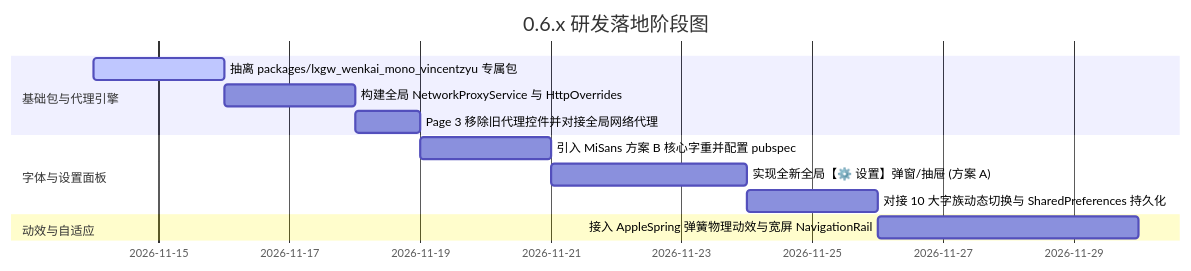
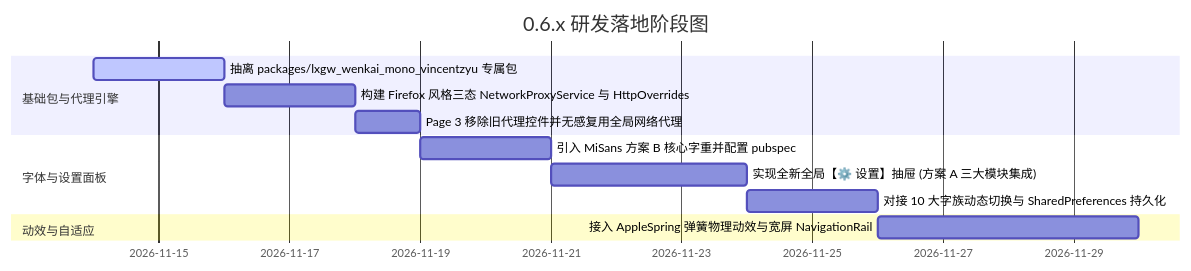
One commit to VincentZyuApps/dart-flutter-demo changed the third of 3 diagrams in doc/dev/20261113.新版本0.6.x的字体和界面ui等等优化捏/20261113.新版本0.6.x的字体和界面ui等等优化捏.md. Above: the diagram before and after it, drawn with Mermaid. The commit also changed other lines of this file, not shown here.

First line of the commit message:
docs(dev): 纳入类似 Firefox 的经典三态单选全局网络代理规划

````diff
--- a/doc/dev/20261113.新版本0.6.x的字体和界面ui等等优化捏/20261113.新版本0.6.x的字体和界面ui等等优化捏.md
+++ b/doc/dev/20261113.新版本0.6.x的字体和界面ui等等优化捏/20261113.新版本0.6.x的字体和界面ui等等优化捏.md
@@ -117,15 +130,15 @@
 ```mermaid
 gantt
     title 0.6.x 研发落地阶段图
     dateFormat  YYYY-MM-DD
     section 基础包与代理引擎
     抽离 packages/lxgw_wenkai_mono_vincentzyu 专属包 :active, 2026-11-14, 2d
-    构建全局 NetworkProxyService 与 HttpOverrides :2026-11-16, 2d
-    Page 3 移除旧代理控件并对接全局网络代理    :2026-11-18, 1d
+    构建 Firefox 风格三态 NetworkProxyService 与 HttpOverrides :2026-11-16, 2d
+    Page 3 移除旧代理控件并无感复用全局网络代理    :2026-11-18, 1d
     section 字体与设置面板
     引入 MiSans 方案 B 核心字重并配置 pubspec :2026-11-19, 2d
-    实现全新全局【⚙️ 设置】弹窗/抽屉 (方案 A) :2026-11-21, 3d
+    实现全新全局【⚙️ 设置】抽屉 (方案 A 三大模块集成) :2026-11-21, 3d
     对接 10 大字族动态切换与 SharedPreferences 持久化 :2026-11-24, 2d
     section 动效与自适应
     接入 AppleSpring 弹簧物理动效与宽屏 NavigationRail :2026-11-26, 4d
 ```
````
